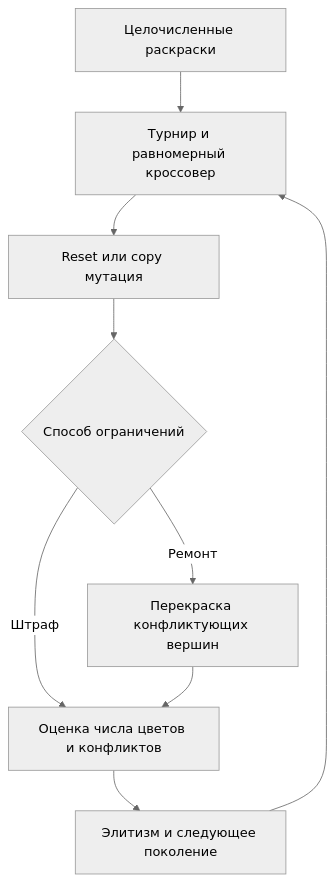
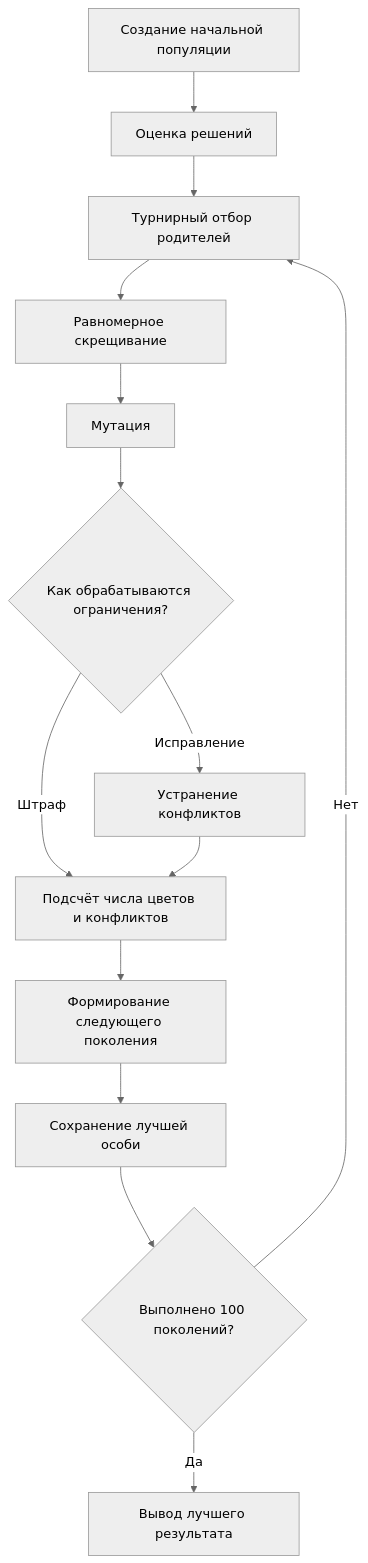
Before and after one commit to mandrykarina/Genetic_algorithm_for_discrete_problem_with_constraints: the diagram in REPORT.md, drawn with Mermaid (neutral theme). The commit also changed other lines of this file, not shown here.

````diff
--- a/REPORT.md
+++ b/REPORT.md
@@ -34,11 +312,19 @@
 ```mermaid
 flowchart TD
- A[Целочисленные раскраски] --> B[Турнир и равномерный кроссовер]
- B --> C[Reset или copy мутация]
- C --> D{Способ ограничений}
- D -->|Штраф| E[Оценка числа цветов и конфликтов]
- D -->|Ремонт| F[Перекраска конфликтующих вершин]
- F --> E
- E --> G[Элитизм и следующее поколение]
- G --> B
+    A[Создание начальной популяции] --> B[Оценка решений]
+    B --> C[Турнирный отбор родителей]
+    C --> D[Равномерное скрещивание]
+    D --> E[Мутация]
+    E --> F{Как обрабатываются ограничения?}
+
+    F -->|Штраф| G[Подсчёт числа цветов и конфликтов]
+    F -->|Исправление| H[Устранение конфликтов]
+    H --> G
+
+    G --> I[Формирование следующего поколения]
+    I --> J[Сохранение лучшей особи]
+    J --> K{Выполнено 100 поколений?}
+
+    K -->|Нет| C
+    K -->|Да| L[Вывод лучшего результата]
 ```
````
